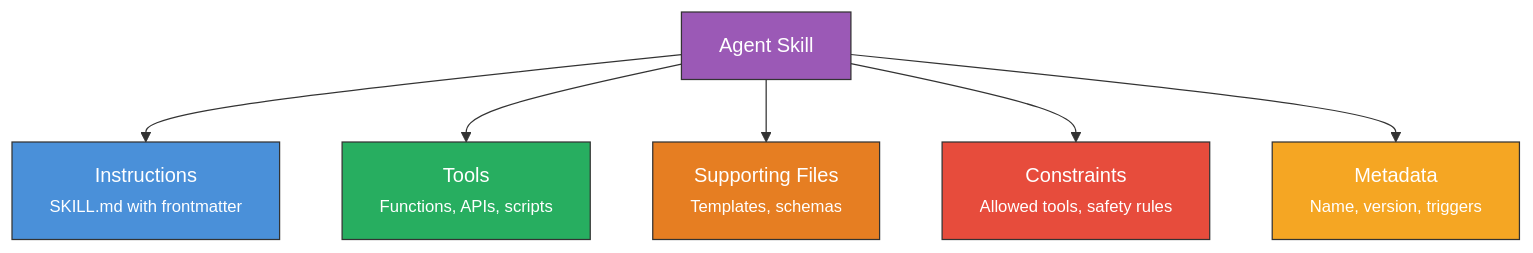
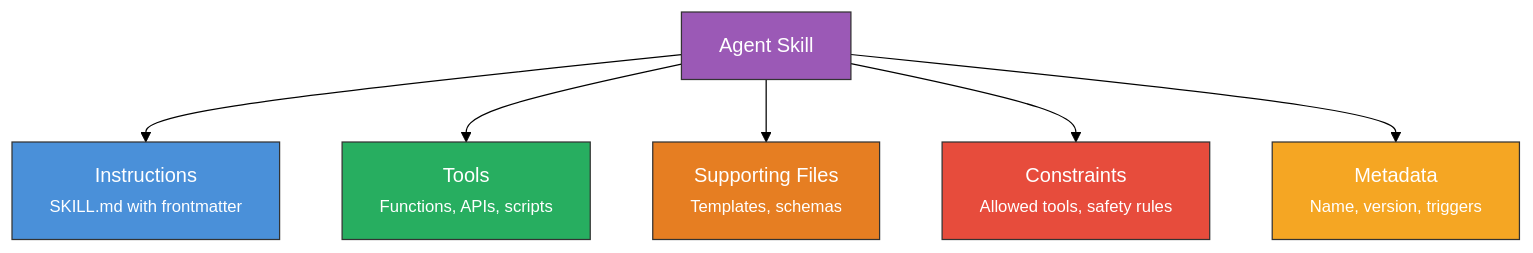
Before and after one commit to tanquangduong/tanquangduong.github.io: the first of 2 diagrams in posts/agent/Building-Skills-for-AI-Agents.qmd, drawn with Mermaid. The commit also changed other lines of this file and 204 other files, not shown here.

````diff
--- a/posts/agent/Building-Skills-for-AI-Agents.qmd
+++ b/posts/agent/Building-Skills-for-AI-Agents.qmd
@@ -60,15 +60,16 @@
 ```{mermaid}
 graph TD
+    linkStyle default stroke:#000,color:#000
     A["Agent Skill"] --> B["Instructions<br/><small>SKILL.md with frontmatter</small>"]
     A --> C["Tools<br/><small>Functions, APIs, scripts</small>"]
     A --> D["Supporting Files<br/><small>Templates, schemas</small>"]
     A --> E["Constraints<br/><small>Allowed tools, safety rules</small>"]
     A --> F["Metadata<br/><small>Name, version, triggers</small>"]
 
     style A fill:#9b59b6,color:#fff,stroke:#333
     style B fill:#4a90d9,color:#fff,stroke:#333
     style C fill:#27ae60,color:#fff,stroke:#333
     style D fill:#e67e22,color:#fff,stroke:#333
     style E fill:#e74c3c,color:#fff,stroke:#333
     style F fill:#f5a623,color:#fff,stroke:#333
 ```
````
